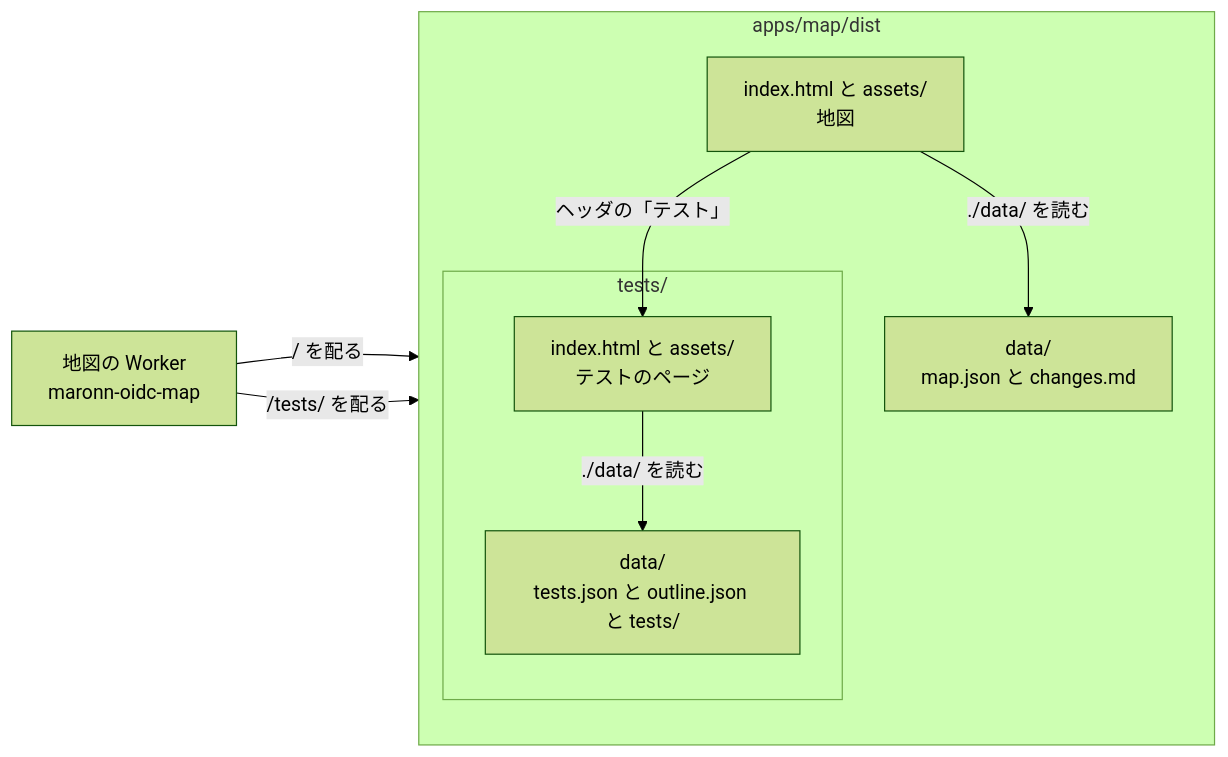
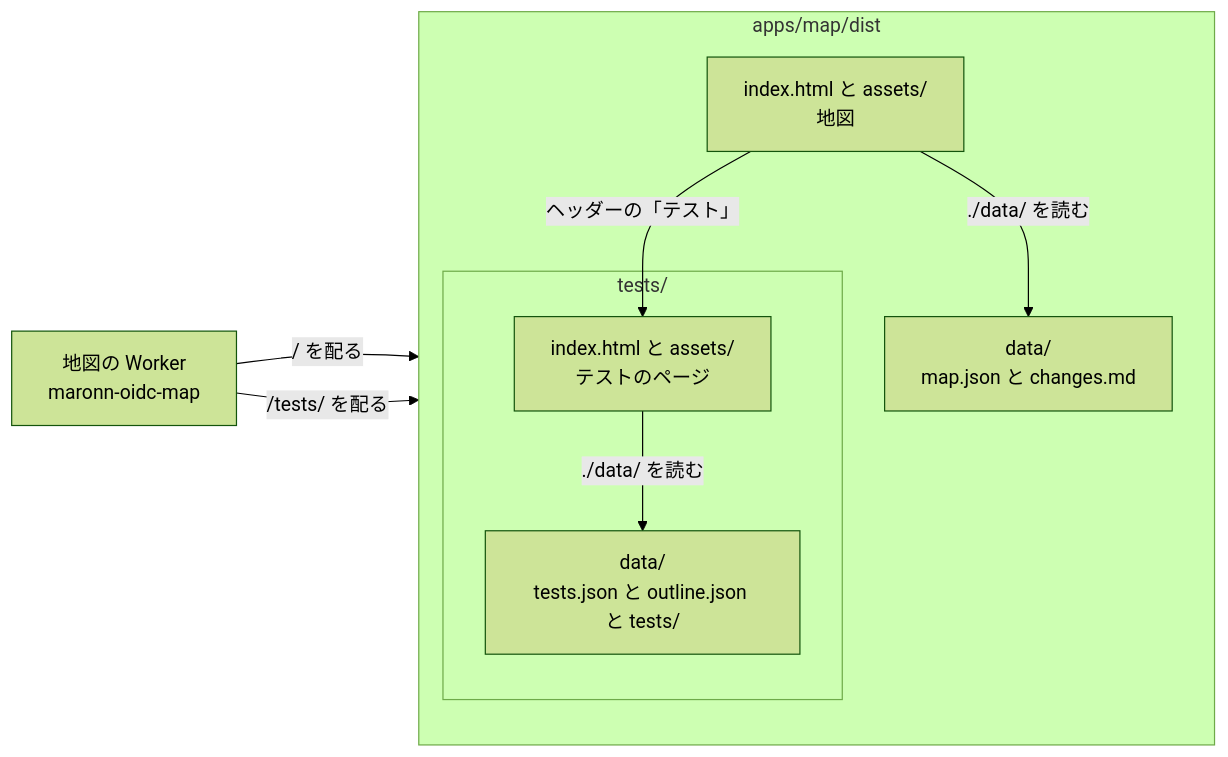
One commit to maronnjapan/maronn-openid-connect changed the ninth of 20 diagrams in apps/tests/docs/07-build-ci.md. Above: the diagram before and after it, drawn with Mermaid (forest theme). The commit also changed other lines of this file and 11 other files, not shown here.

````diff
--- a/apps/tests/docs/07-build-ci.md
+++ b/apps/tests/docs/07-build-ci.md
@@ -373,18 +489,18 @@
 ```mermaid
 flowchart LR
   W["地図の Worker<br/>maronn-oidc-map"]
   subgraph DIST["apps/map/dist"]
     direction TB
     MI["index.html と assets/<br/>地図"]
     MD["data/<br/>map.json と changes.md"]
     subgraph TESTS["tests/"]
       TI["index.html と assets/<br/>テストのページ"]
       TD["data/<br/>tests.json と outline.json と tests/"]
     end
   end
   W -- "/ を配る" --> MI
   W -- "/tests/ を配る" --> TI
   MI -- "./data/ を読む" --> MD
-  MI -- "ヘッダの「テスト」" --> TI
+  MI -- "ヘッダーの「テスト」" --> TI
   TI -- "./data/ を読む" --> TD
 ```
````
